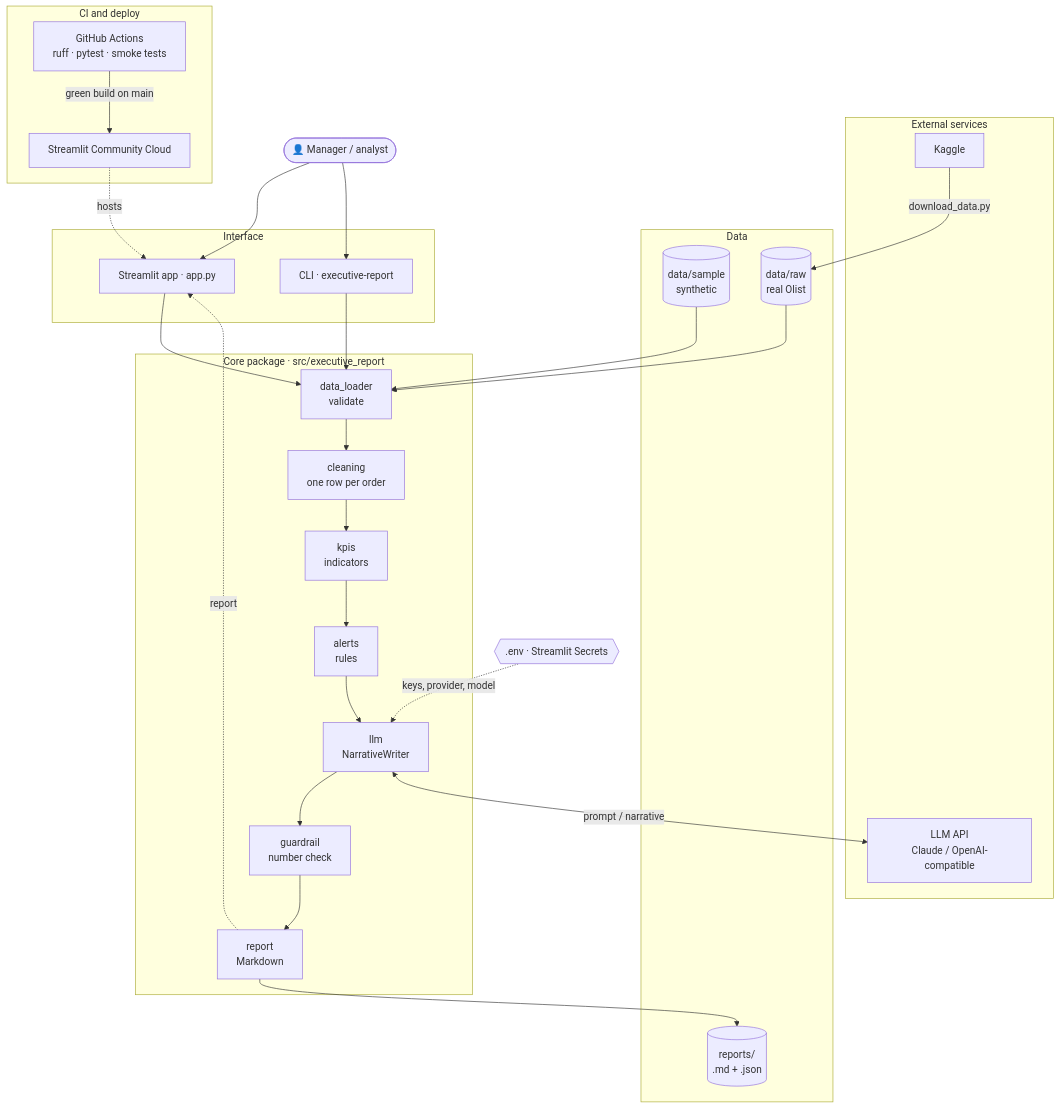
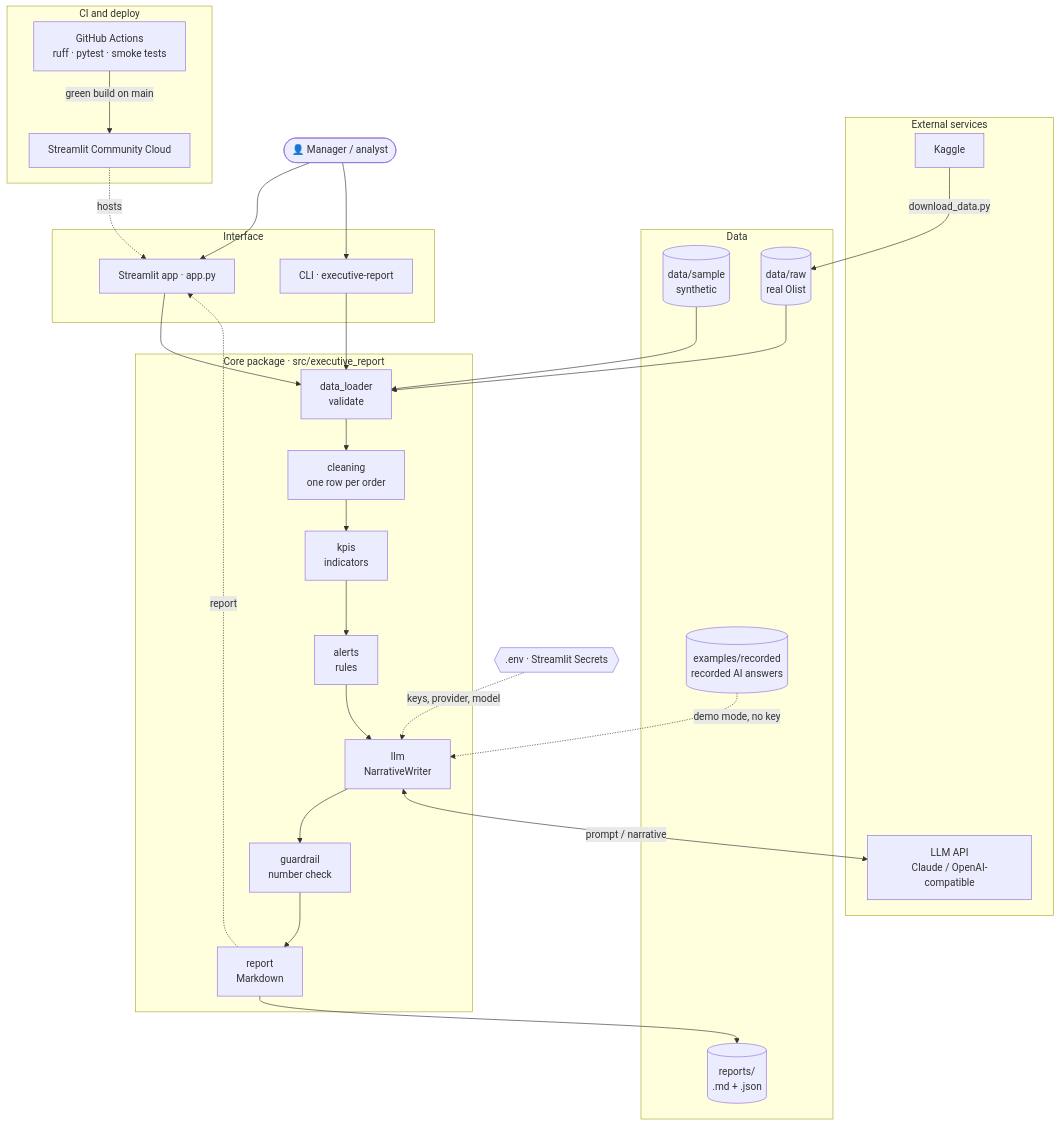
Before and after one commit to rafauto/ai-executive-report: the diagram in README.md, drawn with Mermaid. The commit also changed other lines of this file and 7 other files, not shown here.

First line of the commit message:
docs: link the demo and GitHub profile, reorder the README and document the demo mode

````diff
--- a/README.md
+++ b/README.md
@@ -219,43 +85,45 @@
 ```mermaid
 flowchart TB
     user(["👤 Manager / analyst"])
 
     subgraph ui["Interface"]
         app["Streamlit app · app.py"]
         cli["CLI · executive-report"]
     end
 
     subgraph core["Core package · src/executive_report"]
         loader["data_loader<br/>validate"] --> cleaning["cleaning<br/>one row per order"] --> kpis["kpis<br/>indicators"] --> alerts["alerts<br/>rules"] --> llm["llm<br/>NarrativeWriter"] --> guard["guardrail<br/>number check"] --> report["report<br/>Markdown"]
     end
 
     subgraph data["Data"]
         sample[("data/sample<br/>synthetic")]
+        recorded[("examples/recorded<br/>recorded AI answers")]
         raw[("data/raw<br/>real Olist")]
         out[("reports/<br/>.md + .json")]
     end
 
     subgraph ext["External services"]
         kaggle["Kaggle"]
         llmapi["LLM API<br/>Claude / OpenAI-compatible"]
     end
 
     secrets{{".env · Streamlit Secrets"}}
 
     subgraph ops["CI and deploy"]
         gha["GitHub Actions<br/>ruff · pytest · smoke tests"] -->|green build on main| cloud["Streamlit Community Cloud"]
     end
 
     user --> app
     user --> cli
     app --> loader
     cli --> loader
     sample --> loader
     raw --> loader
     kaggle -->|download_data.py| raw
     llm <-->|prompt / narrative| llmapi
+    recorded -.->|demo mode, no key| llm
     secrets -.->|keys, provider, model| llm
     report --> out
     report -.->|report| app
     cloud -.->|hosts| app
 ```
````
